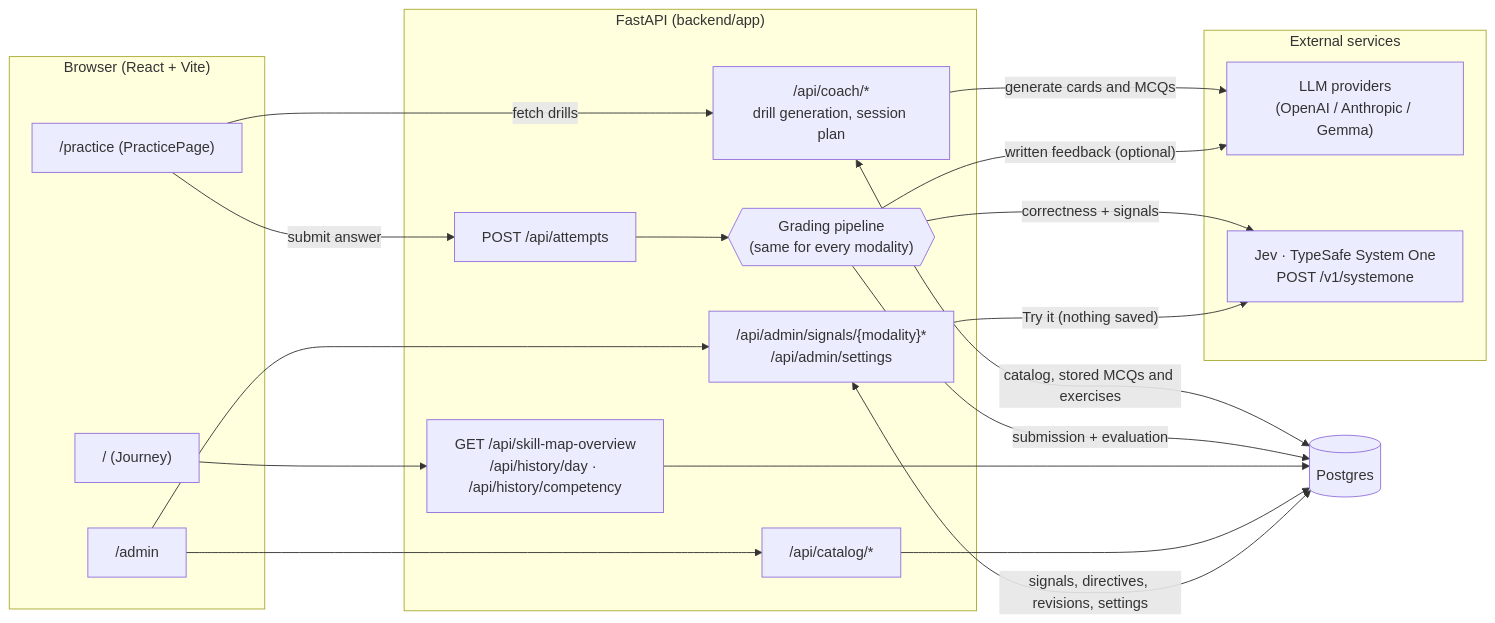
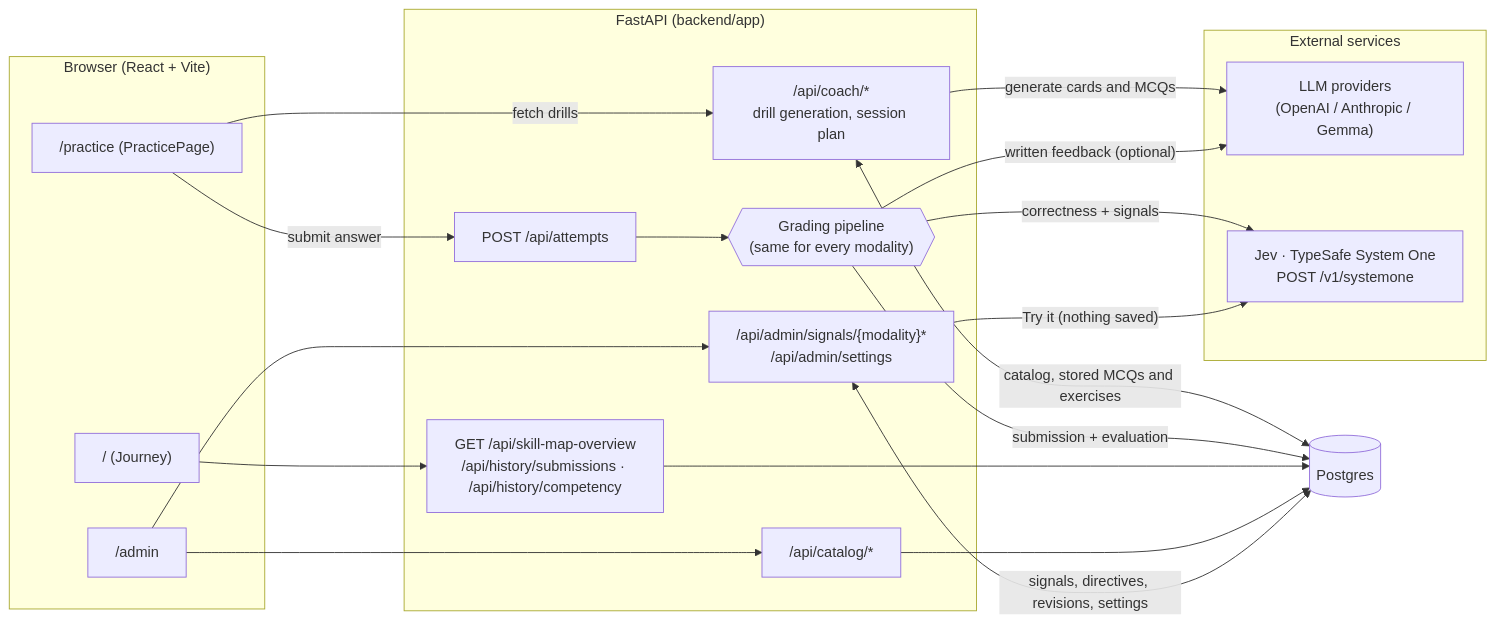
The first of 5 diagrams in docs/data-flow.md (maxmarzolf/system1), drawn with Mermaid before and after one commit. The commit also changed other lines of this file and 25 other files, not shown here.

````diff
--- a/docs/data-flow.md
+++ b/docs/data-flow.md
@@ -7,41 +7,41 @@
 ```mermaid
 flowchart LR
   subgraph Browser["Browser (React + Vite)"]
     Practice["/practice (PracticePage)"]
     Journey["/ (Journey)"]
     Admin["/admin"]
   end
 
   subgraph API["FastAPI (backend/app)"]
     Coach["/api/coach/*<br/>drill generation, session plan"]
     Attempts["POST /api/attempts"]
-    Reads["GET /api/skill-map-overview<br/>/api/history/day · /api/history/competency"]
+    Reads["GET /api/skill-map-overview<br/>/api/history/submissions · /api/history/competency"]
     Catalog["/api/catalog/*"]
     AdminAPI["/api/admin/signals/{modality}*<br/>/api/admin/settings"]
     Pipeline{{"Grading pipeline<br/>(same for every modality)"}}
   end
 
   subgraph External["External services"]
     LLM["LLM providers<br/>(OpenAI / Anthropic / Gemma)"]
     Jev["Jev · TypeSafe System One<br/>POST /v1/systemone"]
   end
 
   DB[("Postgres")]
 
   Practice -->|"fetch drills"| Coach
   Coach -->|"generate cards and MCQs"| LLM
   Coach <-->|"catalog, stored MCQs and exercises"| DB
   Practice -->|"submit answer"| Attempts
   Attempts --> Pipeline
   Pipeline -->|"correctness + signals"| Jev
   Pipeline -->|"written feedback (optional)"| LLM
   Pipeline -->|"submission + evaluation"| DB
 
   Journey --> Reads
   Reads --> DB
   Admin --> Catalog
   Catalog --> DB
   Admin --> AdminAPI
   AdminAPI <-->|"signals, directives, revisions, settings"| DB
   AdminAPI -->|"Try it (nothing saved)"| Jev
 ```
````
